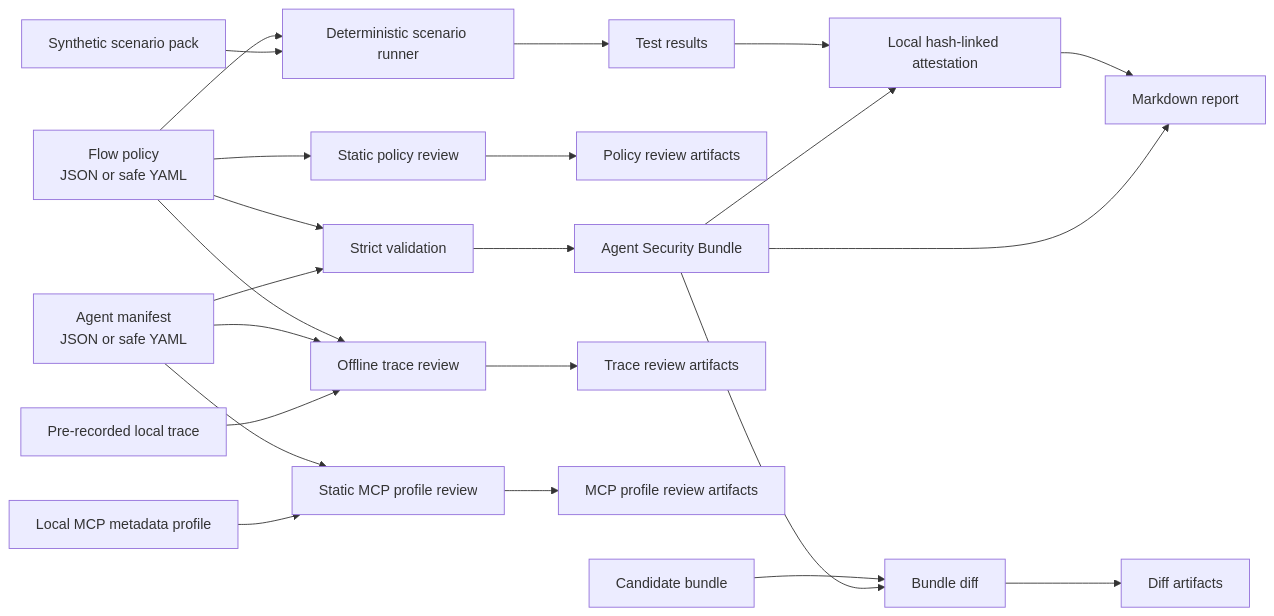
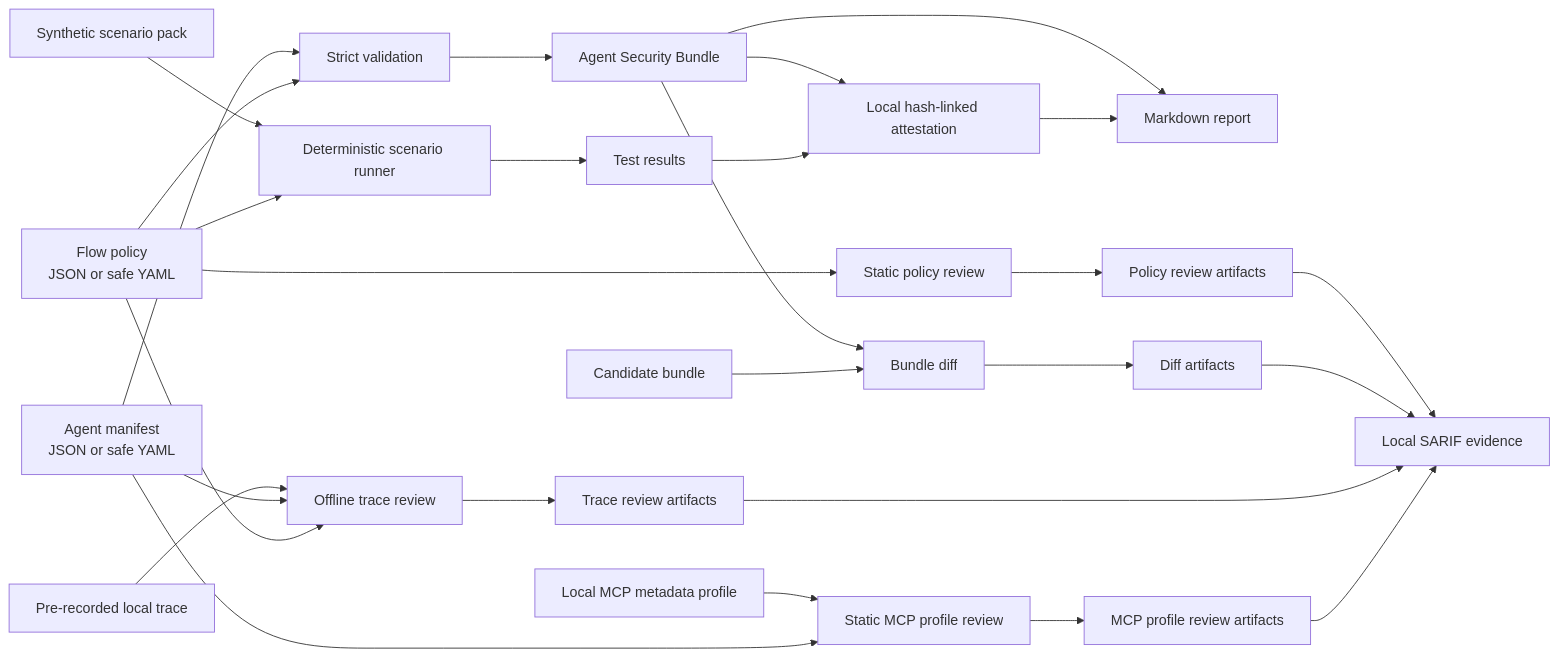
One commit to MohammadThabetHassan/trustweave changed the diagram in docs/ARCHITECTURE.md. Above: the diagram before and after it, drawn with Mermaid. The commit also changed other lines of this file and 12 other files, not shown here.

Commit message:
feat: export review evidence as local SARIF

````diff
--- a/docs/ARCHITECTURE.md
+++ b/docs/ARCHITECTURE.md
@@ -9,25 +9,29 @@
 ```mermaid
 flowchart LR
     M[Agent manifest\nJSON or safe YAML] --> V[Strict validation]
     P[Flow policy\nJSON or safe YAML] --> V
     V --> B[Agent Security Bundle]
     B --> R[Markdown report]
     P --> PR[Static policy review]
     PR --> PRR[Policy review artifacts]
     B --> D[Bundle diff]
     B2[Candidate bundle] --> D
     D --> DR[Diff artifacts]
     L[Pre-recorded local trace] --> TV[Offline trace review]
     M --> TV
     P --> TV
     TV --> TO[Trace review artifacts]
     MP[Local MCP metadata profile] --> MC[Static MCP profile review]
     M --> MC
     MC --> MO[MCP profile review artifacts]
+    PRR --> SR[Local SARIF evidence]
+    DR --> SR
+    TO --> SR
+    MO --> SR
     S[Synthetic scenario pack] --> T[Deterministic scenario runner]
     P --> T
     T --> TS[Test results]
     B --> A[Local hash-linked attestation]
     TS --> A
     A --> R
 ```
````
